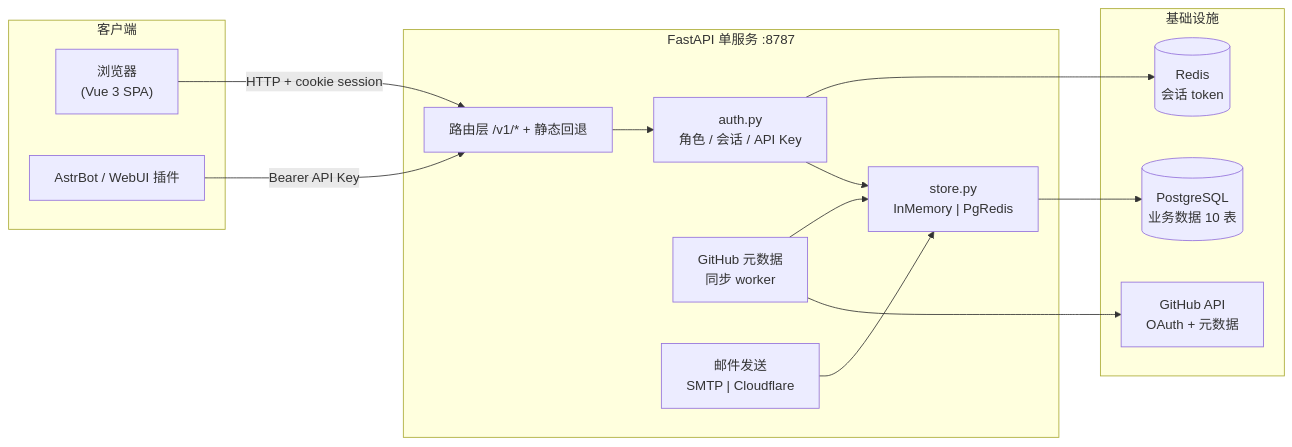
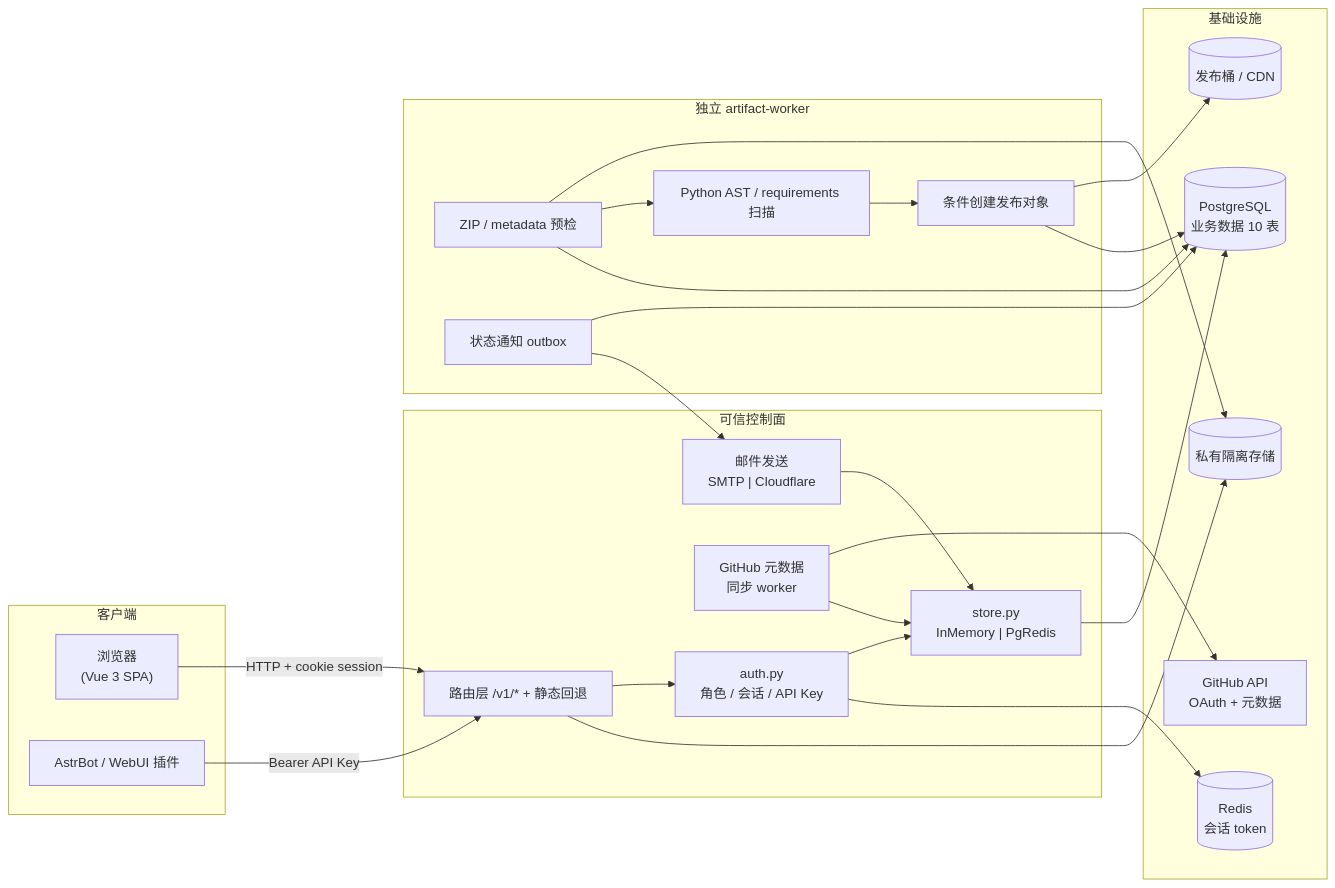
One commit to Astrhub/Astrbot_Community_Plugins changed the diagram in docs/architecture.md. Above: the diagram before and after it, drawn with Mermaid. The commit also changed other lines of this file and 61 other files, not shown here.

````diff
--- a/docs/architecture.md
+++ b/docs/architecture.md
@@ -7,30 +7,46 @@
 ```mermaid
 flowchart LR
     subgraph Client["客户端"]
         Web["浏览器<br/>(Vue 3 SPA)"]
         Bot["AstrBot / WebUI 插件"]
     end
 
-    subgraph Server["FastAPI 单服务 :8787"]
+    subgraph Server["可信控制面"]
         Router["路由层 /v1/* + 静态回退"]
         Auth["auth.py<br/>角色 / 会话 / API Key"]
         Store["store.py<br/>InMemory | PgRedis"]
-        Worker["GitHub 元数据<br/>同步 worker"]
+        Sync["GitHub 元数据<br/>同步 worker"]
         Email["邮件发送<br/>SMTP | Cloudflare"]
+    end
+
+    subgraph Artifact["独立 artifact-worker"]
+        Precheck["ZIP / metadata 预检"]
+        Static["Python AST / requirements 扫描"]
+        Publish["条件创建发布对象"]
+        Outbox["状态通知 outbox"]
     end
 
     subgraph Infra["基础设施"]
         PG[("PostgreSQL<br/>业务数据 10 表")]
         Redis[("Redis<br/>会话 token")]
         GH["GitHub API<br/>OAuth + 元数据"]
+        Private[("私有隔离存储")]
+        CDN[("发布桶 / CDN")]
     end
 
     Web -->|HTTP + cookie session| Router
     Bot -->|Bearer API Key| Router
     Router --> Auth --> Store
     Store --> PG
     Auth --> Redis
-    Worker --> GH
-    Worker --> Store
+    Sync --> GH
+    Sync --> Store
     Email --> Store
+    Router --> Private
+    Precheck --> Private
+    Precheck --> Static --> Publish --> CDN
+    Precheck --> PG
+    Publish --> PG
+    Outbox --> PG
+    Outbox --> Email
 ```
````
